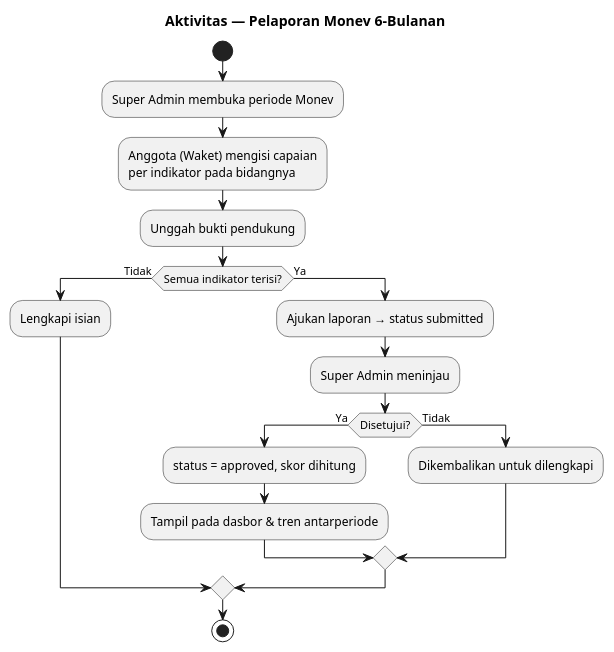
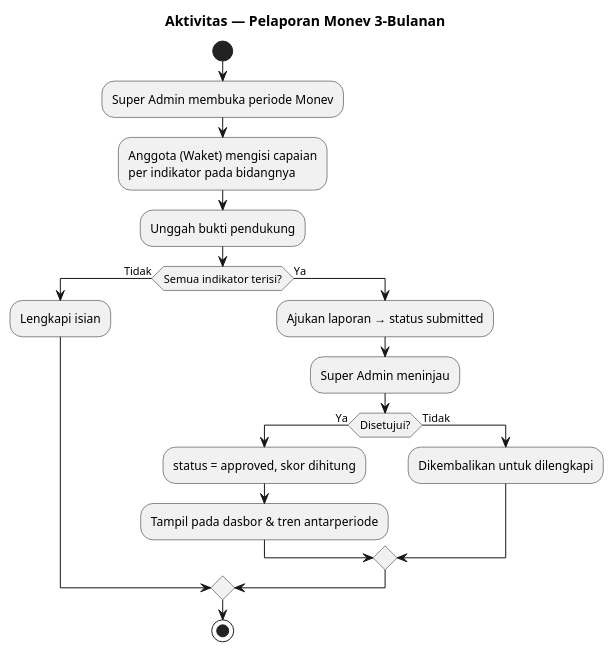
One commit to Gias-Wijaya/spmi-siklus-ppepp changed the fourth of 4 diagrams in sistem/desain/05-activity-diagram.md. Above: the diagram before and after it, drawn with PlantUML. The commit also changed 12 other files, not shown here.

````diff
--- a/sistem/desain/05-activity-diagram.md
+++ b/sistem/desain/05-activity-diagram.md
@@ -146,23 +146,23 @@
 ```plantuml
 @startuml
-title Aktivitas — Pelaporan Monev 6-Bulanan
+title Aktivitas — Pelaporan Monev 3-Bulanan
 start
 :Super Admin membuka periode Monev;
 :Anggota (Waket) mengisi capaian
 per indikator pada bidangnya;
 :Unggah bukti pendukung;
 if (Semua indikator terisi?) then (Tidak)
   :Lengkapi isian;
 else (Ya)
   :Ajukan laporan → status submitted;
   :Super Admin meninjau;
   if (Disetujui?) then (Ya)
     :status = approved, skor dihitung;
     :Tampil pada dasbor & tren antarperiode;
   else (Tidak)
     :Dikembalikan untuk dilengkapi;
   endif
 endif
 stop
 @enduml
 ```
````
